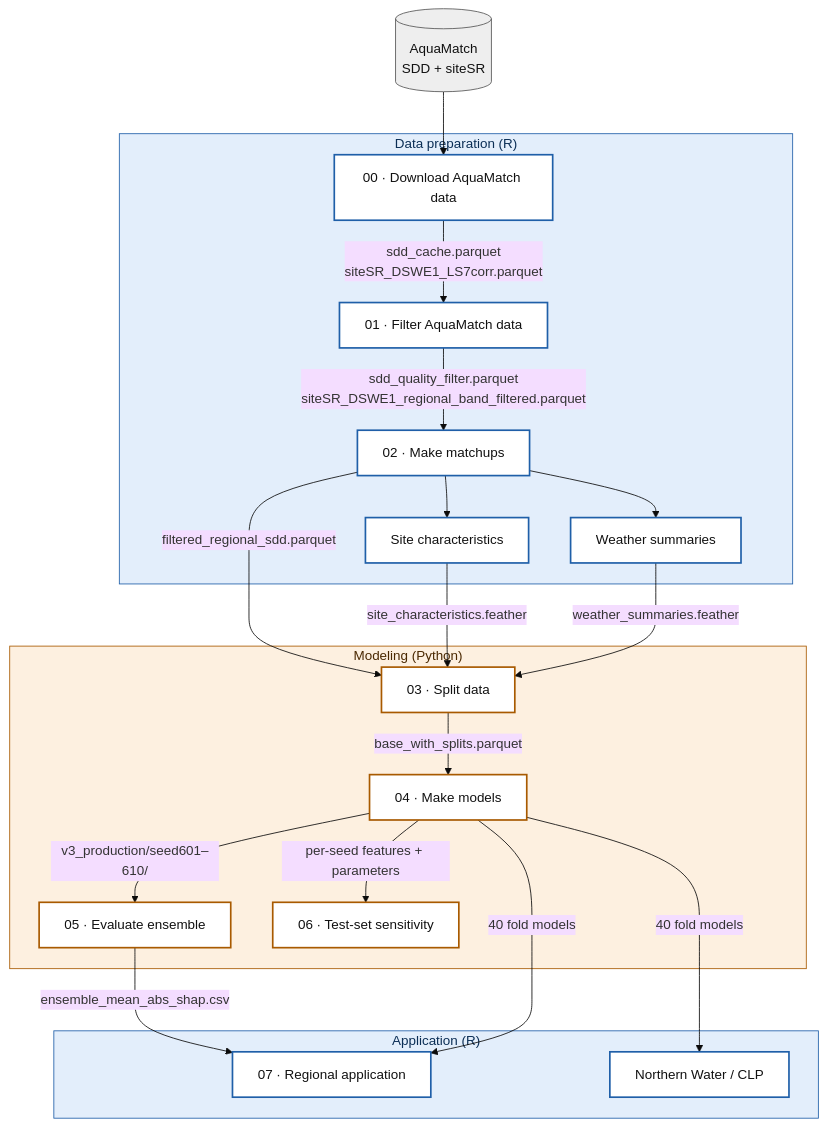
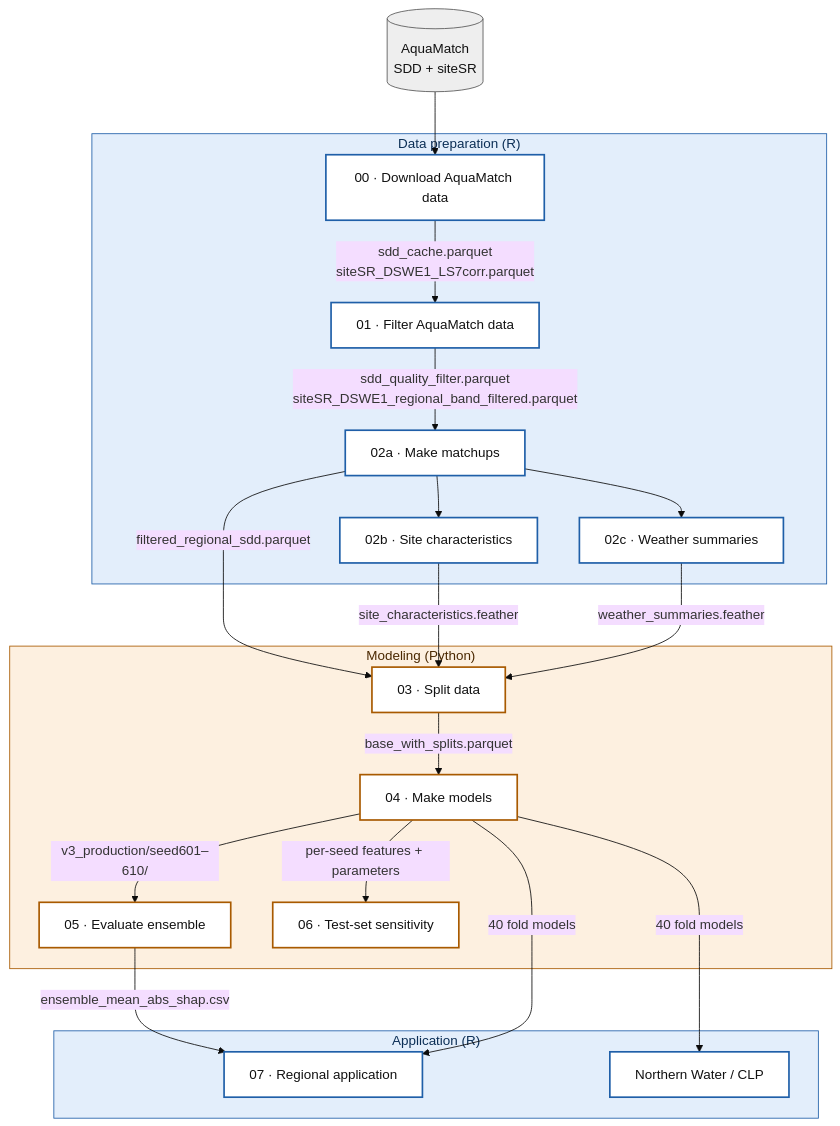
Before and after one commit to steeleb/regional-clarity-RS-model: the diagram in README.md, drawn with Mermaid (base theme). The commit also changed other lines of this file and 52 other files, not shown here.

````diff
--- a/README.md
+++ b/README.md
@@ -16,48 +16,48 @@
 ```mermaid
 flowchart TD
   AM[("AquaMatch<br/>SDD + siteSR")] --> S00
 
   subgraph PREP ["Data preparation (R)"]
     S00["00 · Download AquaMatch data"]
     S01["01 · Filter AquaMatch data"]
-    S02["02 · Make matchups"]
-    SC["Site characteristics"]
-    WX["Weather summaries"]
+    S02["02a · Make matchups"]
+    SC["02b · Site characteristics"]
+    WX["02c · Weather summaries"]
   end
 
   subgraph MODEL ["Modeling (Python)"]
     S03["03 · Split data"]
     S04["04 · Make models"]
     S05["05 · Evaluate ensemble"]
     S06["06 · Test-set sensitivity"]
   end
 
   subgraph APPLY ["Application (R)"]
     S07["07 · Regional application"]
     NW["Northern Water / CLP"]
   end
 
   S00 -->|"sdd_cache.parquet<br/>siteSR_DSWE1_LS7corr.parquet"| S01
   S01 -->|"sdd_quality_filter.parquet<br/>siteSR_DSWE1_regional_band_filtered.parquet"| S02
   S02 -->|"filtered_regional_sdd.parquet"| S03
   S02 --> SC
   S02 --> WX
   SC -->|"site_characteristics.feather"| S03
   WX -->|"weather_summaries.feather"| S03
   S03 -->|"base_with_splits.parquet"| S04
   S04 -->|"v3_production/seed601–610/"| S05
   S04 -->|"per-seed features + parameters"| S06
   S05 -->|"ensemble_mean_abs_shap.csv"| S07
   S04 -->|"40 fold models"| S07
   S04 -->|"40 fold models"| NW
 
   classDef src fill:#eeeeee,stroke:#555555,color:#111111
   classDef rstep fill:#ffffff,stroke:#1f5fa8,stroke-width:2px,color:#111111
   classDef pystep fill:#ffffff,stroke:#a85a00,stroke-width:2px,color:#111111
   class AM src
   class S00,S01,S02,SC,WX,S07,NW rstep
   class S03,S04,S05,S06 pystep
   style PREP fill:#e3eefb,stroke:#1f5fa8,color:#0b2e55
   style MODEL fill:#fdf0e0,stroke:#a85a00,color:#4a2800
   style APPLY fill:#e3eefb,stroke:#1f5fa8,color:#0b2e55
 ```
````
